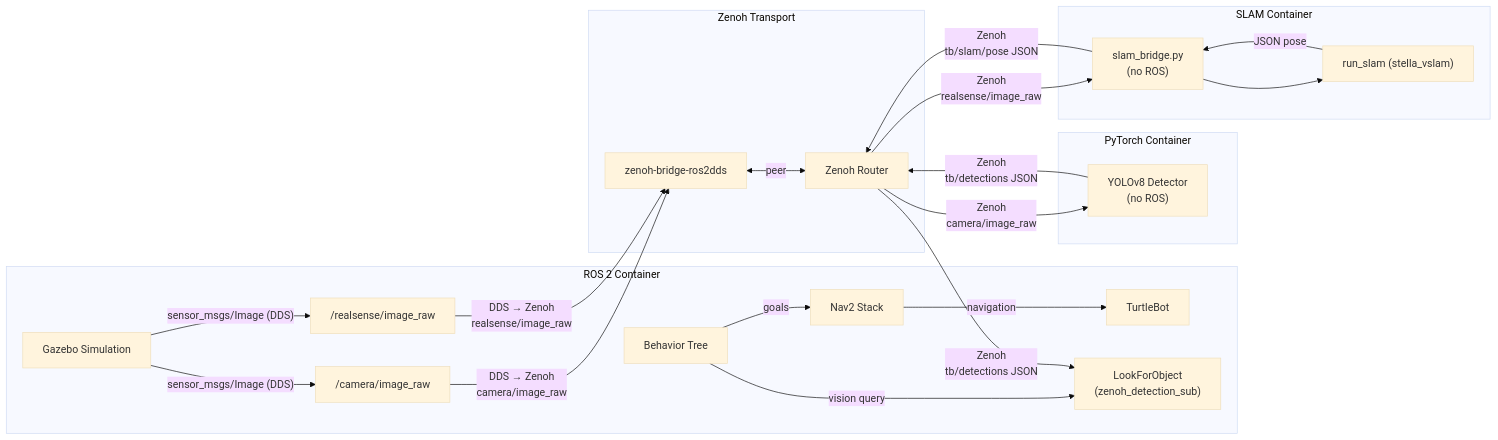
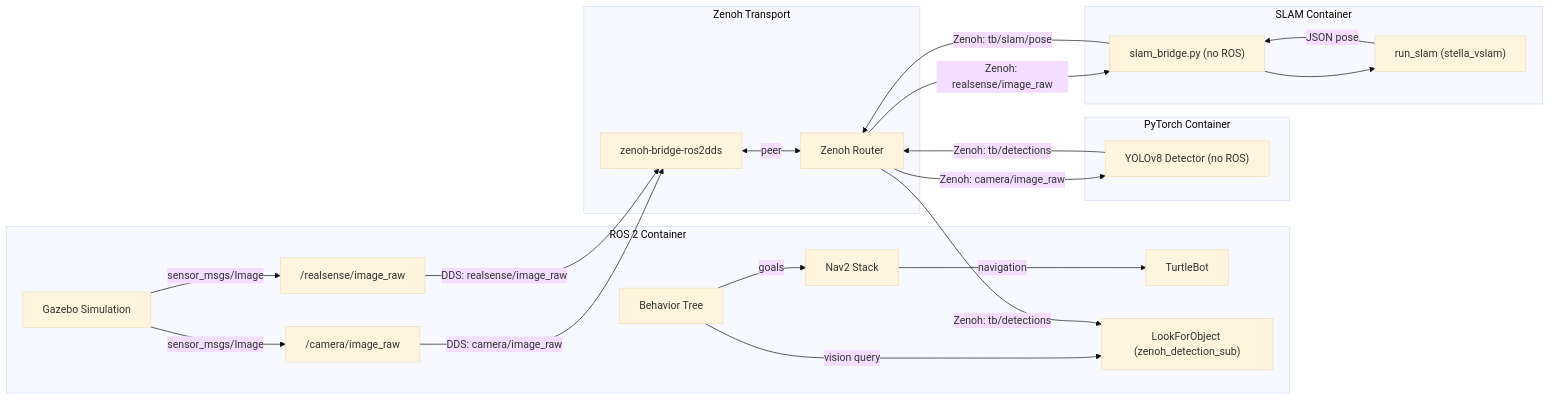
The first of 4 diagrams in README.md (pantelis/turtlebot-maze), drawn with Mermaid (base theme) before and after one commit.

Commit message:
docs: fix mermaid diagram - remove \n from labels, use single-line text
\n is not parsed as newline in Mermaid edge/node labels; replaced with
single-line text and colon-separated key expressions.

````diff
--- a/README.md
+++ b/README.md
@@ -18,33 +18,33 @@
 ```mermaid
 graph LR
     subgraph ROS 2 Container
-        GAZ["Gazebo Simulation"] -->|"sensor_msgs/Image (DDS)"| CAM["/camera/image_raw"]
-        GAZ -->|"sensor_msgs/Image (DDS)"| DEPTH["/realsense/image_raw"]
+        GAZ["Gazebo Simulation"] -->|"sensor_msgs/Image"| CAM["/camera/image_raw"]
+        GAZ -->|"sensor_msgs/Image"| DEPTH["/realsense/image_raw"]
         NAV["Nav2 Stack"] -->|navigation| TB["TurtleBot"]
         BT["Behavior Tree"] -->|goals| NAV
-        BT -->|"vision query"| VIS["LookForObject\n(zenoh_detection_sub)"]
+        BT -->|"vision query"| VIS["LookForObject (zenoh_detection_sub)"]
     end
 
     subgraph Zenoh Transport
         ZB["zenoh-bridge-ros2dds"]
         ZR["Zenoh Router"]
-        ZB <-->|"peer"| ZR
+        ZB <-->|peer| ZR
     end
 
     subgraph PyTorch Container
-        DET["YOLOv8 Detector\n(no ROS)"]
+        DET["YOLOv8 Detector (no ROS)"]
     end
 
     subgraph SLAM Container
-        SB["slam_bridge.py\n(no ROS)"] --> RS["run_slam (stella_vslam)"]
+        SB["slam_bridge.py (no ROS)"] --> RS["run_slam (stella_vslam)"]
         RS -->|"JSON pose"| SB
     end
 
-    CAM -->|"DDS → Zenoh\ncamera/image_raw"| ZB
-    DEPTH -->|"DDS → Zenoh\nrealsense/image_raw"| ZB
-    ZR -->|"Zenoh\ncamera/image_raw"| DET
-    DET -->|"Zenoh\ntb/detections JSON"| ZR
-    ZR -->|"Zenoh\ntb/detections JSON"| VIS
-    ZR -->|"Zenoh\nrealsense/image_raw"| SB
-    SB -->|"Zenoh\ntb/slam/pose JSON"| ZR
+    CAM -->|"DDS: camera/image_raw"| ZB
+    DEPTH -->|"DDS: realsense/image_raw"| ZB
+    ZR -->|"Zenoh: camera/image_raw"| DET
+    DET -->|"Zenoh: tb/detections"| ZR
+    ZR -->|"Zenoh: tb/detections"| VIS
+    ZR -->|"Zenoh: realsense/image_raw"| SB
+    SB -->|"Zenoh: tb/slam/pose"| ZR
 ```
````
